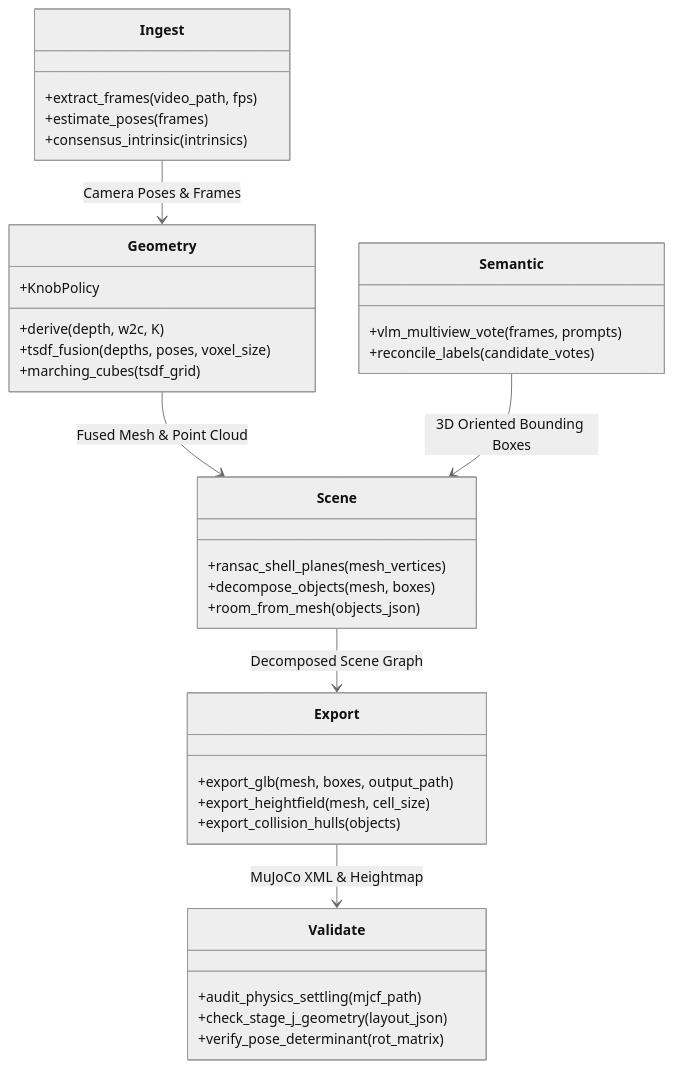
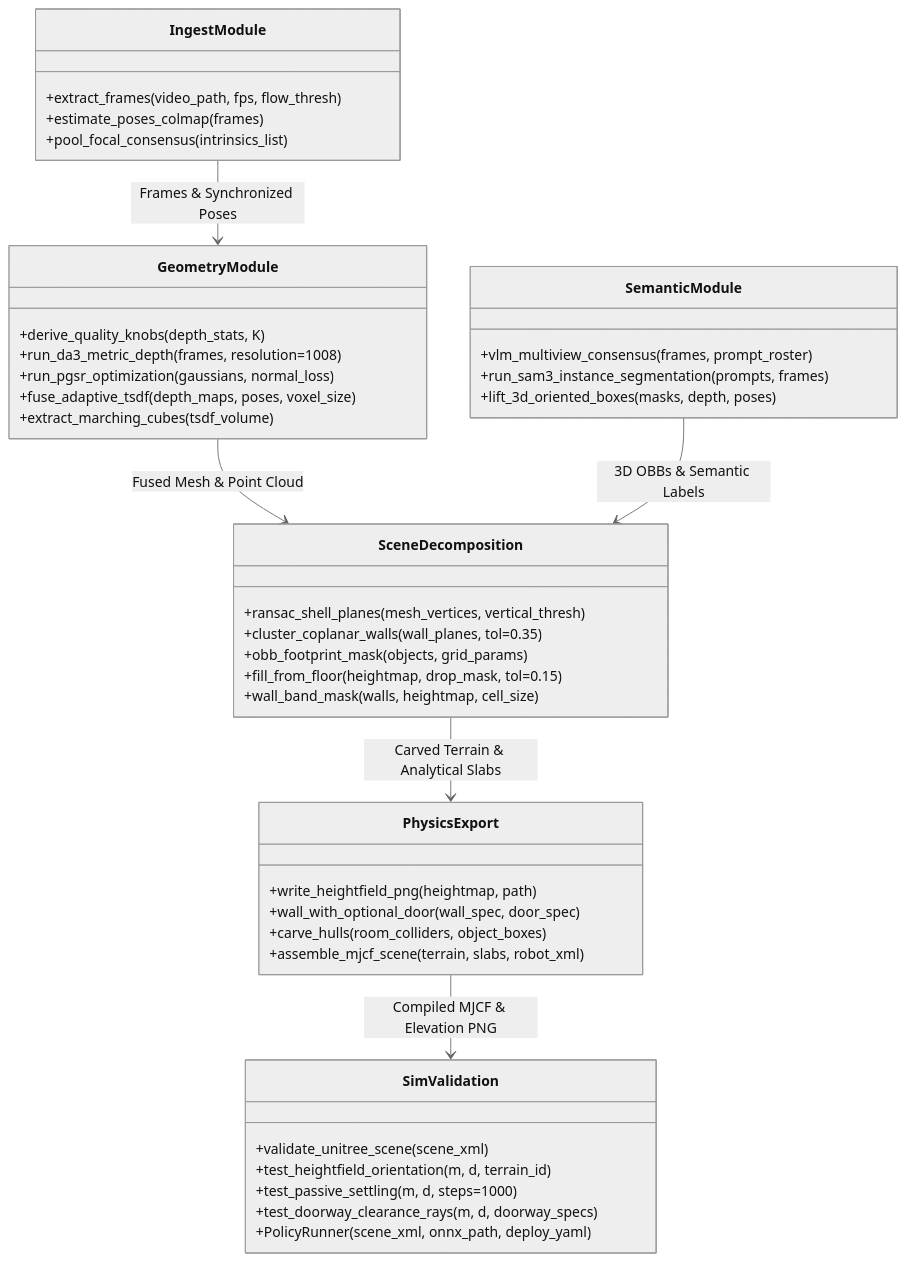
Before and after one commit to huytrao/Video-to-terrain: the eighth of 8 diagrams in docs/architecture/architecture-graph.md, drawn with Mermaid (neutral theme). The commit also changed other lines of this file and 49 other files, not shown here.

First line of the commit message:
refactor: transform video-to-3d into clean, physics-ready digital twin research repo

````diff
--- a/docs/architecture/architecture-graph.md
+++ b/docs/architecture/architecture-graph.md
@@ -172,44 +432,51 @@
 ```mermaid
 classDiagram
-    class Ingest {
-        +extract_frames(video_path, fps)
-        +estimate_poses(frames)
-        +consensus_intrinsic(intrinsics)
+    class IngestModule {
+        +extract_frames(video_path, fps, flow_thresh)
+        +estimate_poses_colmap(frames)
+        +pool_focal_consensus(intrinsics_list)
     }
 
-    class Geometry {
-        +KnobPolicy
-        +derive(depth, w2c, K)
-        +tsdf_fusion(depths, poses, voxel_size)
-        +marching_cubes(tsdf_grid)
+    class GeometryModule {
+        +derive_quality_knobs(depth_stats, K)
+        +run_da3_metric_depth(frames, resolution=1008)
+        +run_pgsr_optimization(gaussians, normal_loss)
+        +fuse_adaptive_tsdf(depth_maps, poses, voxel_size)
+        +extract_marching_cubes(tsdf_volume)
     }
 
-    class Semantic {
-        +vlm_multiview_vote(frames, prompts)
-        +reconcile_labels(candidate_votes)
+    class SemanticModule {
+        +vlm_multiview_consensus(frames, prompt_roster)
+        +run_sam3_instance_segmentation(prompts, frames)
+        +lift_3d_oriented_boxes(masks, depth, poses)
     }
 
-    class Scene {
-        +ransac_shell_planes(mesh_vertices)
-        +decompose_objects(mesh, boxes)
-        +room_from_mesh(objects_json)
+    class SceneDecomposition {
+        +ransac_shell_planes(mesh_vertices, vertical_thresh)
+        +cluster_coplanar_walls(wall_planes, tol=0.35)
+        +obb_footprint_mask(objects, grid_params)
+        +fill_from_floor(heightmap, drop_mask, tol=0.15)
+        +wall_band_mask(walls, heightmap, cell_size)
     }
 
-    class Export {
-        +export_glb(mesh, boxes, output_path)
-        +export_heightfield(mesh, cell_size)
-        +export_collision_hulls(objects)
+    class PhysicsExport {
+        +write_heightfield_png(heightmap, path)
+        +wall_with_optional_door(wall_spec, door_spec)
+        +carve_hulls(room_colliders, object_boxes)
+        +assemble_mjcf_scene(terrain, slabs, robot_xml)
     }
 
-    class Validate {
-        +audit_physics_settling(mjcf_path)
-        +check_stage_j_geometry(layout_json)
-        +verify_pose_determinant(rot_matrix)
+    class SimValidation {
+        +validate_unitree_scene(scene_xml)
+        +test_heightfield_orientation(m, d, terrain_id)
+        +test_passive_settling(m, d, steps=1000)
+        +test_doorway_clearance_rays(m, d, doorway_specs)
+        +PolicyRunner(scene_xml, onnx_path, deploy_yaml)
     }
 
-    Ingest --> Geometry : Camera Poses & Frames
-    Geometry --> Scene : Fused Mesh & Point Cloud
-    Semantic --> Scene : 3D Oriented Bounding Boxes
-    Scene --> Export : Decomposed Scene Graph
-    Export --> Validate : MuJoCo XML & Heightmap
+    IngestModule --> GeometryModule : Frames & Synchronized Poses
+    GeometryModule --> SceneDecomposition : Fused Mesh & Point Cloud
+    SemanticModule --> SceneDecomposition : 3D OBBs & Semantic Labels
+    SceneDecomposition --> PhysicsExport : Carved Terrain & Analytical Slabs
+    PhysicsExport --> SimValidation : Compiled MJCF & Elevation PNG
 ```
````
